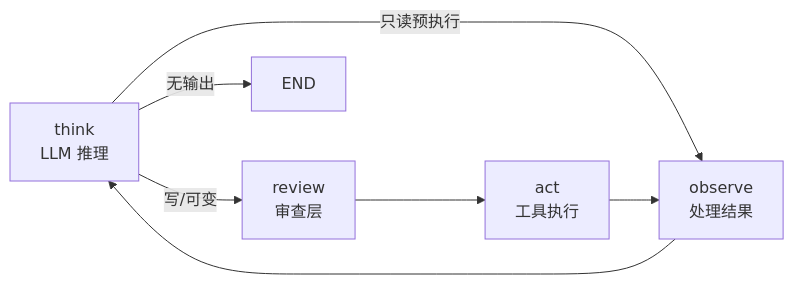
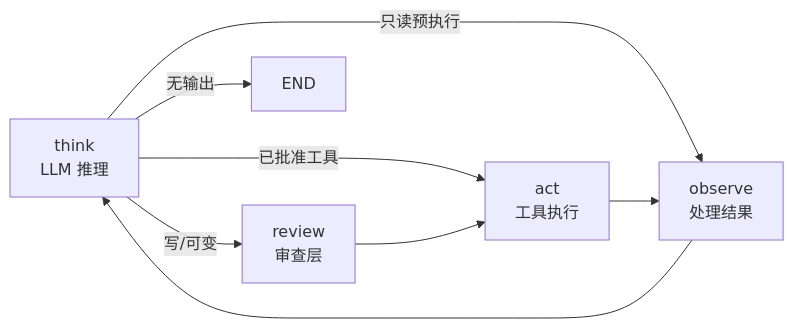
The fourth of 14 diagrams in web-server/graph.md (nazzeDe/alascup-agent), drawn with Mermaid before and after one commit. The commit also changed other lines of this file and 35 other files, not shown here.

````diff
--- a/web-server/graph.md
+++ b/web-server/graph.md
@@ -282,13 +282,14 @@
 ```mermaid
 flowchart LR
     think["think<br/>LLM 推理"]
     review["review<br/>审查层"]
     act["act<br/>工具执行"]
     observe["observe<br/>处理结果"]
     think -- "只读预执行" --> observe
     think -- "写/可变" --> review
+    think -- "已批准工具" --> act
     review --> act
     act --> observe
     observe --> think
     think -- "无输出" --> done["END"]
 ```
````
